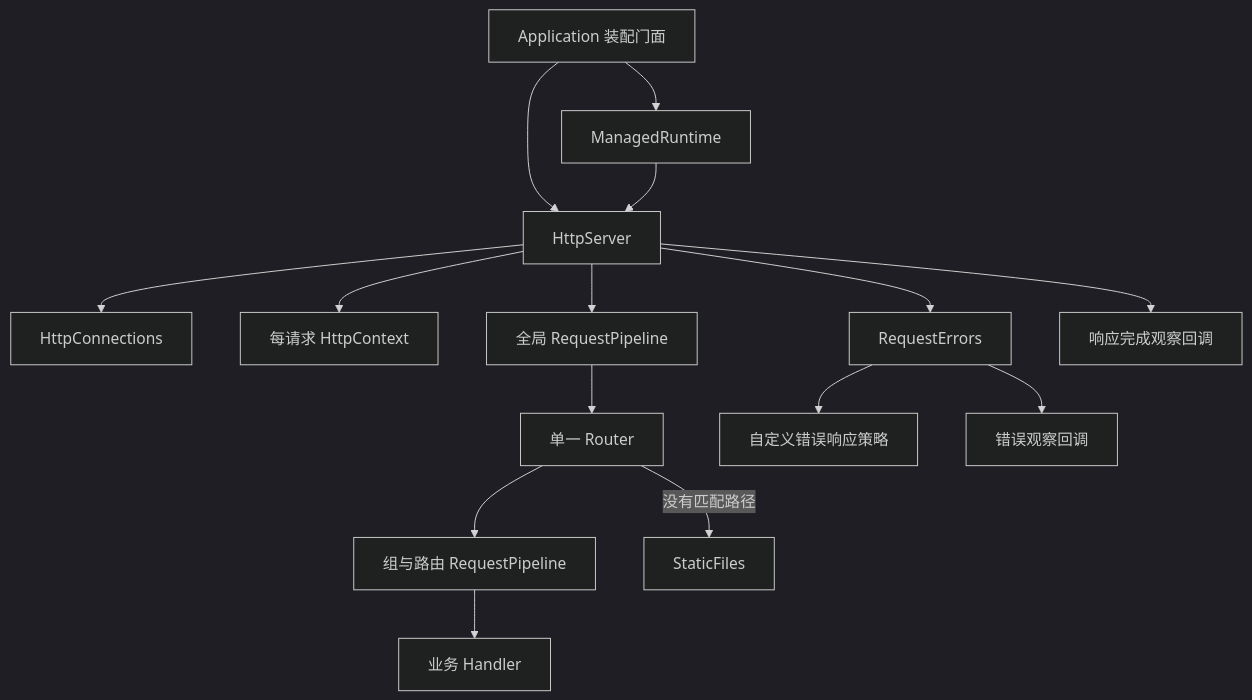
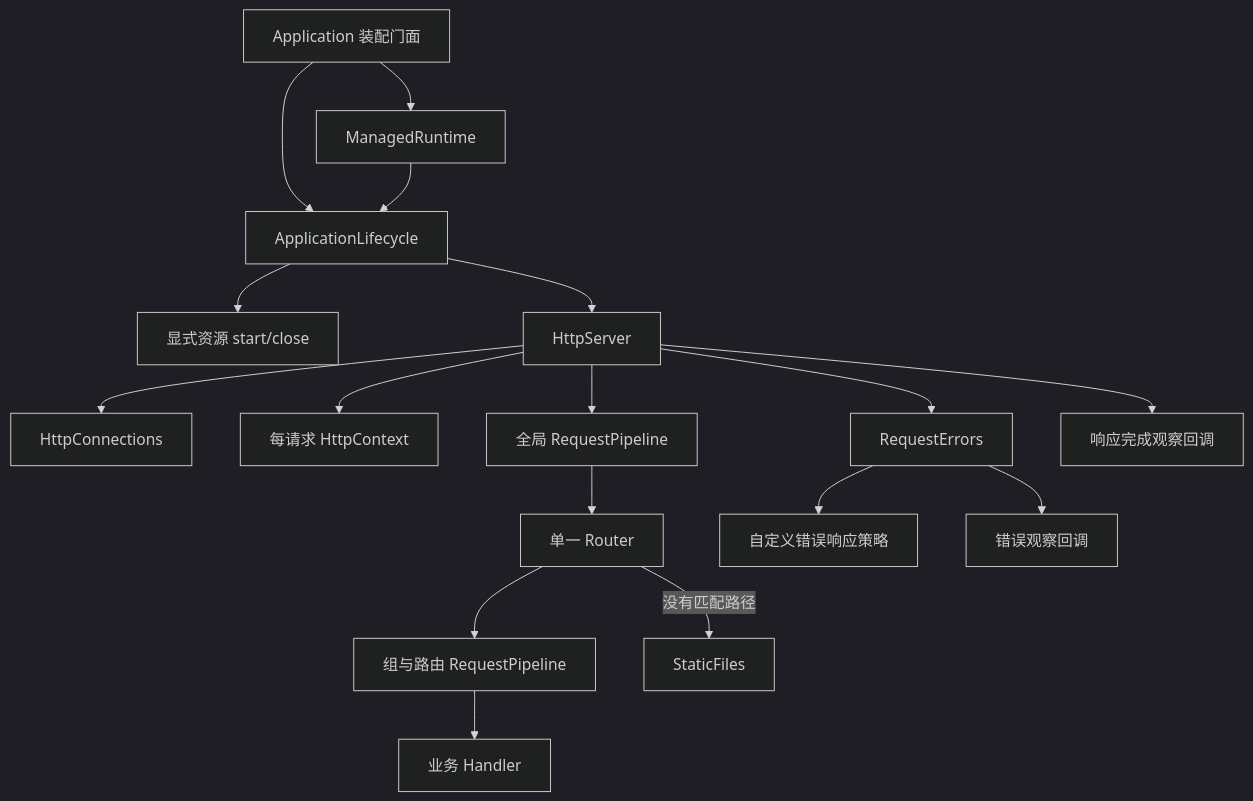
One commit to xelume/backts changed the diagram in docs/architecture.md. Above: the diagram before and after it, drawn with Mermaid (dark theme). The commit also changed other lines of this file and 23 other files, not shown here.

````diff
--- a/docs/architecture.md
+++ b/docs/architecture.md
@@ -7,17 +7,19 @@
 ```mermaid
 flowchart TD
-  App[Application 装配门面] --> Server[HttpServer]
+  App[Application 装配门面] --> Lifecycle[ApplicationLifecycle]
+  Lifecycle --> Resources[显式资源 start/close]
+  Lifecycle --> Server[HttpServer]
   App --> Runtime[ManagedRuntime]
-  Runtime --> Server
+  Runtime --> Lifecycle
   Server --> Connections[HttpConnections]
   Server --> Context[每请求 HttpContext]
   Server --> Global[全局 RequestPipeline]
   Global --> Router[单一 Router]
   Router --> Route[组与路由 RequestPipeline]
   Route --> Handler[业务 Handler]
   Router -->|没有匹配路径| Static[StaticFiles]
   Server --> Errors[RequestErrors]
   Errors --> Strategy[自定义错误响应策略]
   Errors --> ErrorObserver[错误观察回调]
   Server --> Completion[响应完成观察回调]
 ```
````
